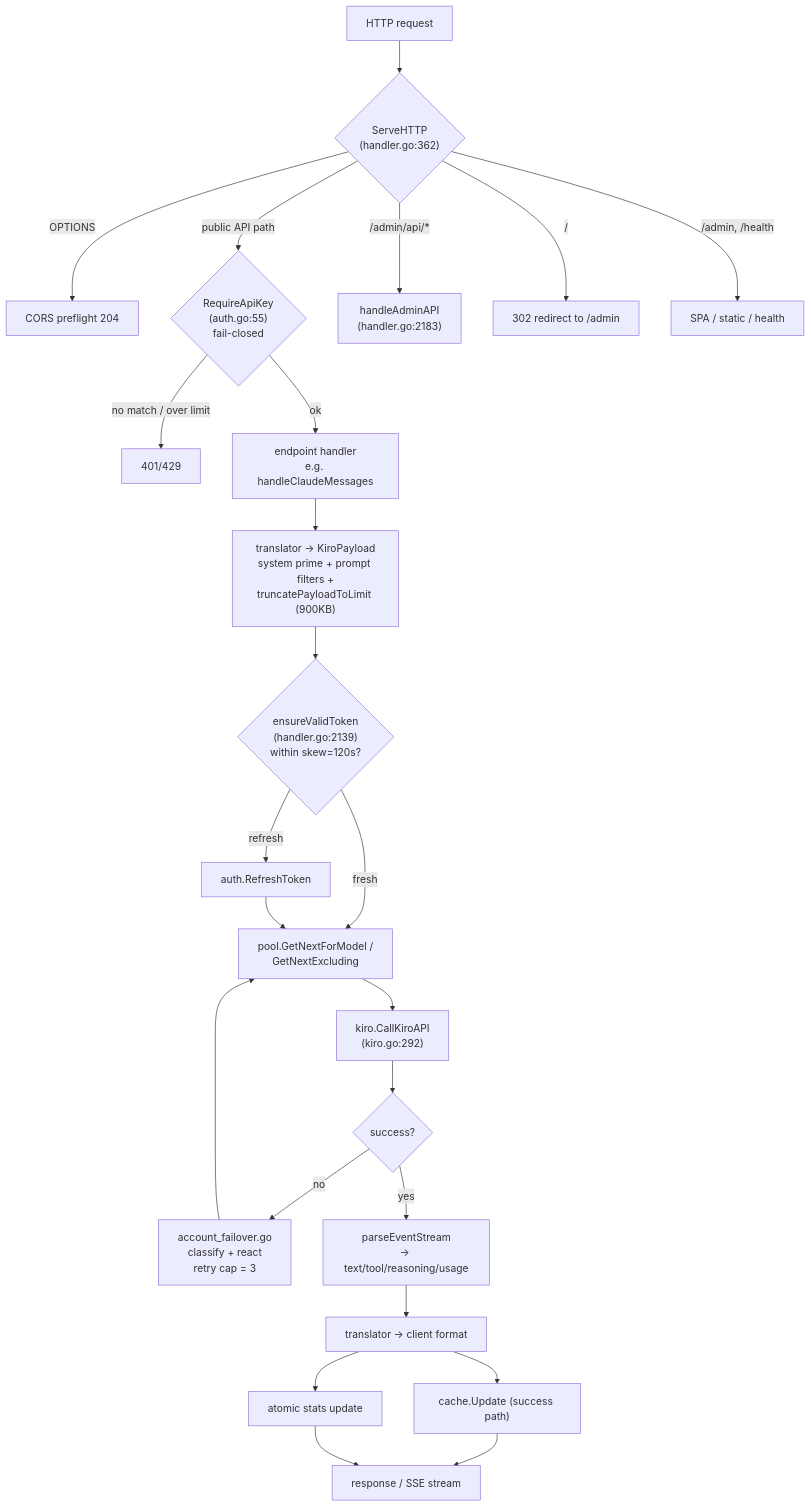
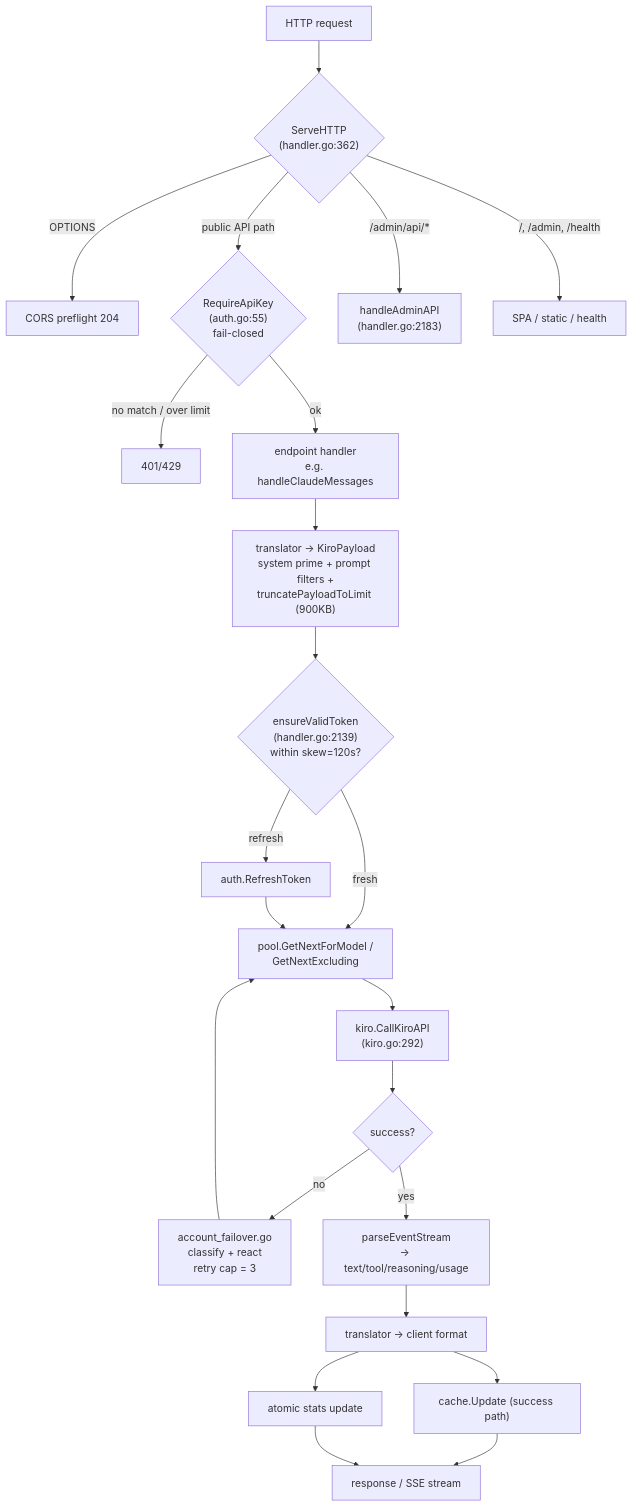
The second of 8 diagrams in docs/system-architecture.md (hugevo/Kiro-Go), drawn with Mermaid before and after one commit. The commit also changed 2 other files, not shown here.

Commit message:
kiro go fix

````diff
--- a/docs/system-architecture.md
+++ b/docs/system-architecture.md
@@ -75,27 +75,26 @@
 ```mermaid
 flowchart TD
     REQ["HTTP request"] --> ROUTE{"ServeHTTP<br/>(handler.go:362)"}
     ROUTE -->|OPTIONS| CORS["CORS preflight 204"]
     ROUTE -->|public API path| KEY{"RequireApiKey<br/>(auth.go:55)<br/>fail-closed"}
     KEY -->|no match / over limit| REJ["401/429"]
     KEY -->|ok| EP["endpoint handler<br/>e.g. handleClaudeMessages"]
     ROUTE -->|/admin/api/*| ADM["handleAdminAPI<br/>(handler.go:2183)"]
-    ROUTE -->|/| REDIR["302 redirect to /admin"]
-    ROUTE -->|/admin, /health| STATIC["SPA / static / health"]
+    ROUTE -->|/, /admin, /health| STATIC["SPA / static / health"]
 
     EP --> XLIN["translator -> KiroPayload<br/>system prime + prompt filters +<br/>truncatePayloadToLimit (900KB)"]
     XLIN --> TOK{"ensureValidToken<br/>(handler.go:2139)<br/>within skew=120s?"}
     TOK -->|refresh| REFRESH["auth.RefreshToken"]
     TOK -->|fresh| PICK["pool.GetNextForModel /<br/>GetNextExcluding"]
     REFRESH --> PICK
     PICK --> CALL["kiro.CallKiroAPI<br/>(kiro.go:292)"]
     CALL --> OK{"success?"}
     OK -->|no| FAILOVER["account_failover.go<br/>classify + react<br/>retry cap = 3"]
     FAILOVER --> PICK
     OK -->|yes| PARSE["parseEventStream<br/>-> text/tool/reasoning/usage"]
     PARSE --> XLOUT["translator -> client format"]
     XLOUT --> CUPD["cache.Update (success path)"]
     XLOUT --> STATS["atomic stats update"]
     CUPD --> RESP["response / SSE stream"]
     STATS --> RESP
 ```
````
